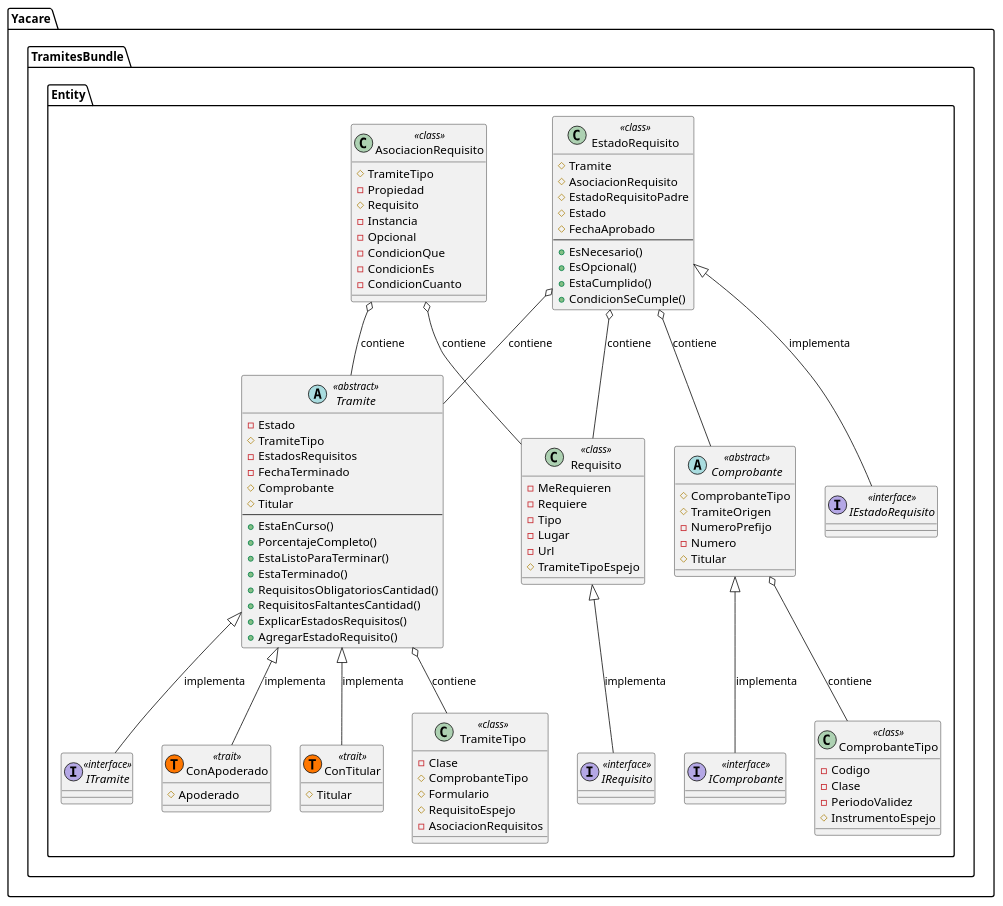
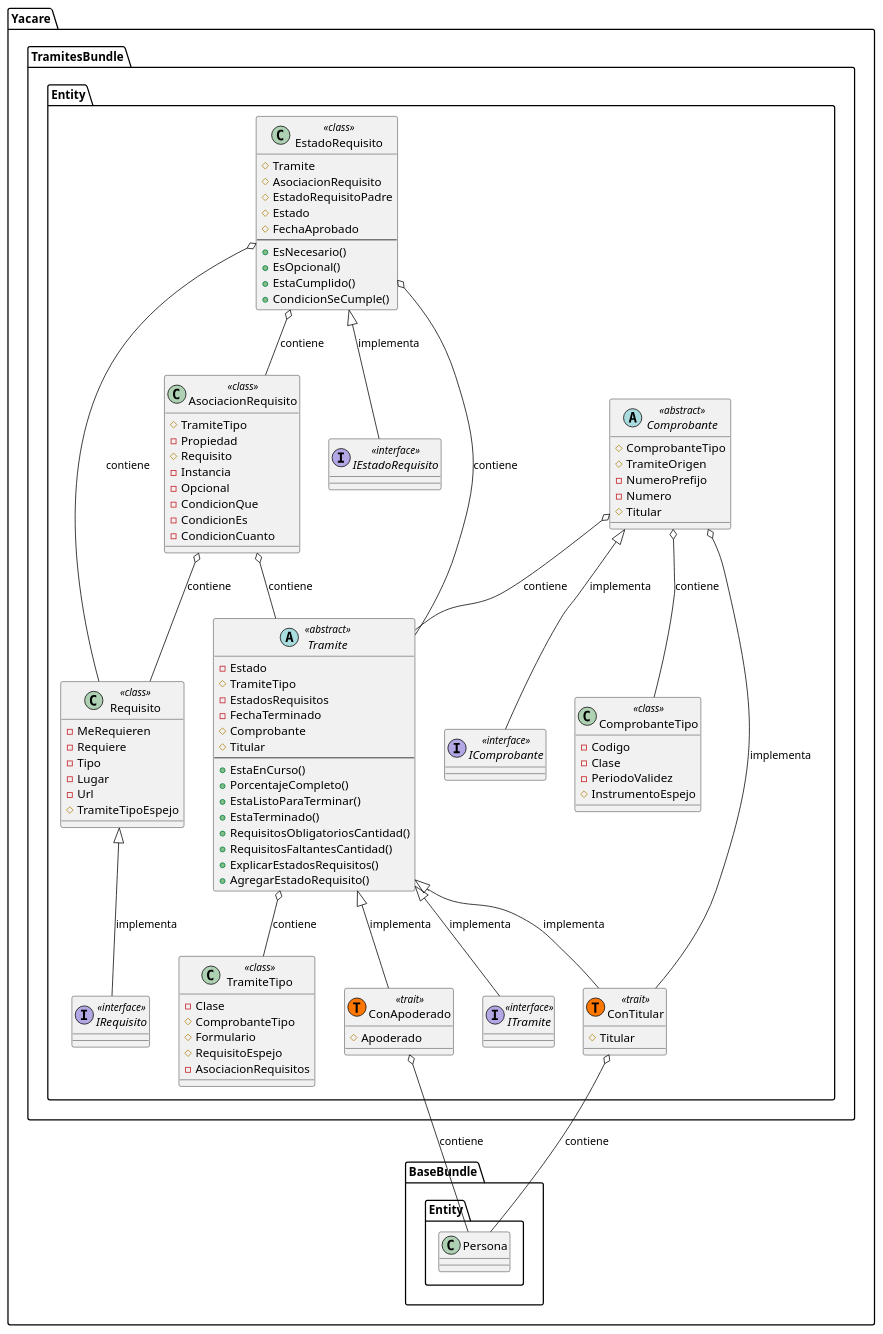
The diagram in docs/Clases/Tramites/Entidades.pu (alediazrc/yacare), drawn with PlantUML before and after one commit. The commit also changed 1 other file, not shown here.

```diff
--- a/docs/Clases/Tramites/Entidades.pu
+++ b/docs/Clases/Tramites/Entidades.pu
@@ -1,103 +1,108 @@
 @startuml
 namespace Yacare.TramitesBundle.Entity  {
 	class ComprobanteTipo << class >> {
 		-Codigo
 		-Clase
 		-PeriodoValidez
 		#InstrumentoEspejo
 	}
 	class Requisito << class >> {
 		-MeRequieren
 		-Requiere
 		-Tipo
 		-Lugar
 		-Url
 		#TramiteTipoEspejo
 	}
 	interface IEstadoRequisito << interface >> {
 	}
 	interface IRequisito << interface >> {
 	}
 	class TramiteTipo << class >> {
 		-Clase
 		#ComprobanteTipo
 		#Formulario
 		#RequisitoEspejo
 		-AsociacionRequisitos
 	}
 	class EstadoRequisito << class >> {
 		#Tramite
 		#AsociacionRequisito
 		#EstadoRequisitoPadre
 		#Estado
 		#FechaAprobado
 		--
 		+EsNecesario()
 		+EsOpcional()
 		+EstaCumplido()
 		+CondicionSeCumple()
 	}
 	class AsociacionRequisito << class >> {
 		#TramiteTipo
 		-Propiedad
 		#Requisito
 		-Instancia
 		-Opcional
 		-CondicionQue
 		-CondicionEs
 		-CondicionCuanto
 	}
 	abstract Tramite << abstract >> {
 		-Estado
 		#TramiteTipo
 		-EstadosRequisitos
 		-FechaTerminado
 		#Comprobante
 		#Titular
 		--
 		+EstaEnCurso()
 		+PorcentajeCompleto()
 		+EstaListoParaTerminar()
 		+EstaTerminado()
 		+RequisitosObligatoriosCantidad()
 		+RequisitosFaltantesCantidad()
 		+ExplicarEstadosRequisitos()
 		+AgregarEstadoRequisito()
 	}
 	interface ITramite << interface >> {
 	}
 	interface IComprobante << interface >> {
 	}
 	abstract Comprobante << abstract >> {
 		#ComprobanteTipo
 		#TramiteOrigen
 		-NumeroPrefijo
 		-Numero
 		#Titular
 	}
 	class ConApoderado << (T,#FF7700) trait >> {
 		#Apoderado
 	}
 	class ConTitular << (T,#FF7700) trait >> {
 		#Titular
 	}
 	
 	Requisito <|-- IRequisito  : implementa
 	
 	Comprobante <|-- IComprobante  : implementa
+	Comprobante o-- ConTitular  : implementa
 	Comprobante o-- ComprobanteTipo  : contiene
+	Comprobante o-- Tramite  : contiene
 	
 	Tramite <|-- ITramite  : implementa
 	Tramite <|-- ConApoderado  : implementa
 	Tramite <|-- ConTitular  : implementa
 	Tramite o-- TramiteTipo  : contiene
 	
 	EstadoRequisito <|-- IEstadoRequisito  : implementa
+	EstadoRequisito o-- AsociacionRequisito : contiene
 	EstadoRequisito o-- Tramite : contiene
 	EstadoRequisito o-- Requisito : contiene
-	EstadoRequisito o-- Comprobante : contiene
 	
 	AsociacionRequisito o-- Tramite : contiene
 	AsociacionRequisito o-- Requisito : contiene
+	
+	ConTitular o-- Yacare.BaseBundle.Entity.Persona : contiene
+	ConApoderado o-- Yacare.BaseBundle.Entity.Persona : contiene
 }
 @enduml
```
